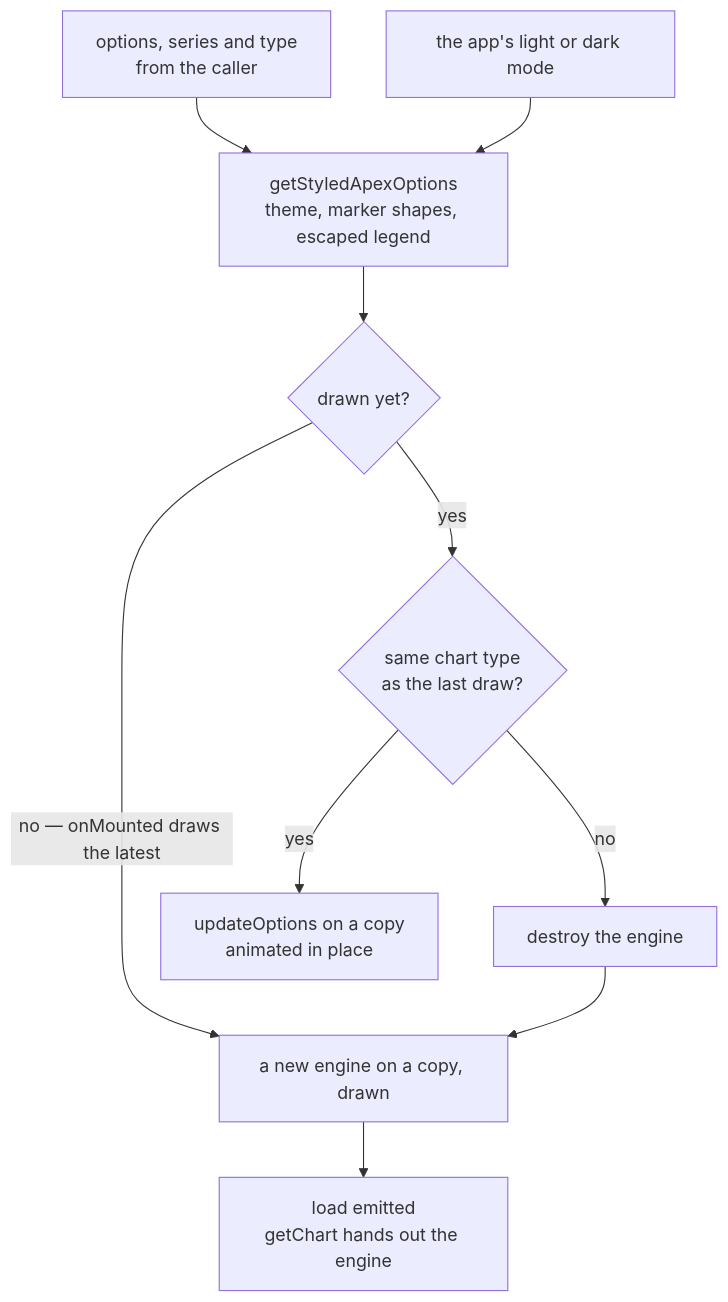
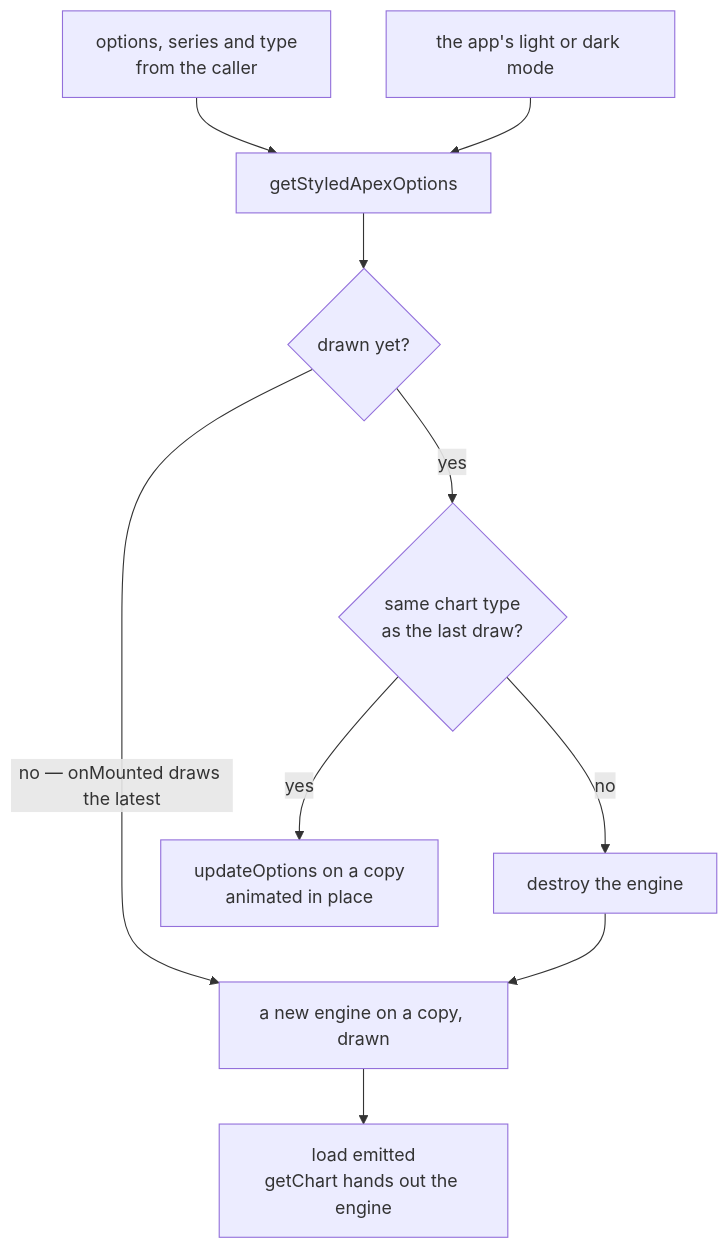
Before and after one commit to Esposter/Esposter: the diagram in openspec/specs/architecture/charts/design.md, drawn with Mermaid. The commit also changed other lines of this file and 4 other files, not shown here.

First line of the commit message:
docs(architecture): sweep the second sitting of the architecture area

````diff
--- a/openspec/specs/architecture/charts/design.md
+++ b/openspec/specs/architecture/charts/design.md
@@ -7,21 +7,21 @@
 ```mermaid
 flowchart TD
   props["options, series and type<br/>from the caller"]
   theme["the app's light or dark mode"]
-  styled["getStyledApexOptions<br/>theme, marker shapes, escaped legend"]
+  styled["getStyledApexOptions"]
   mounted{"drawn yet?"}
   same{"same chart type<br/>as the last draw?"}
   update["updateOptions on a copy<br/>animated in place"]
   destroy["destroy the engine"]
   draw["a new engine on a copy, drawn"]
   load["load emitted<br/>getChart hands out the engine"]
   props --> styled
   theme --> styled
   styled --> mounted
   mounted -->|"no — onMounted draws the latest"| draw
   mounted -->|yes| same
   same -->|yes| update
   same -->|no| destroy
   destroy --> draw
   draw --> load
 ```
````
